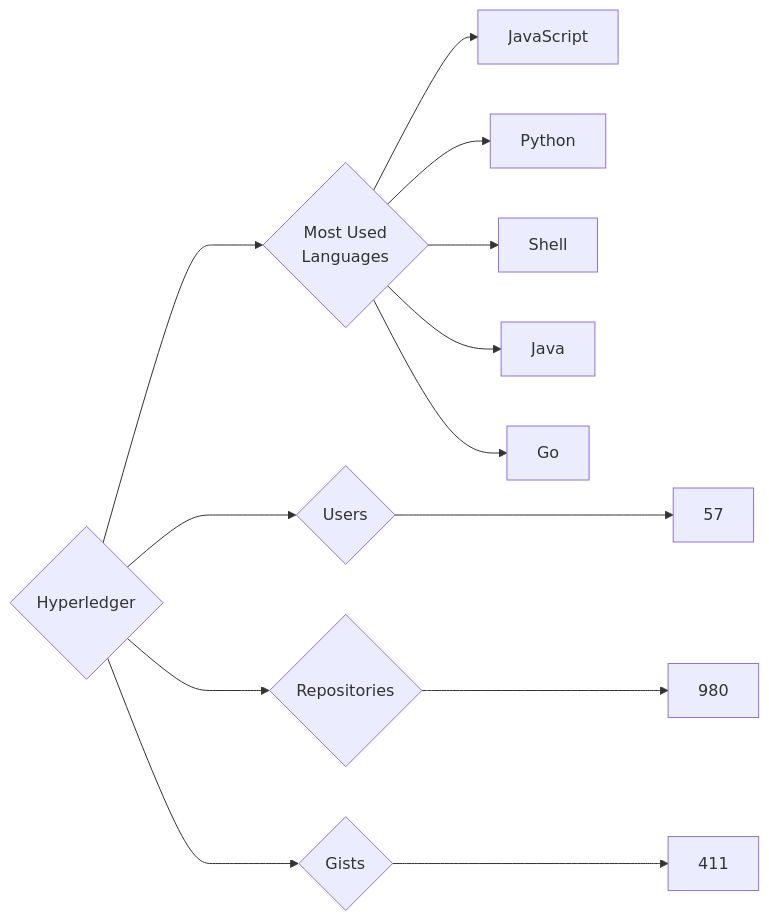
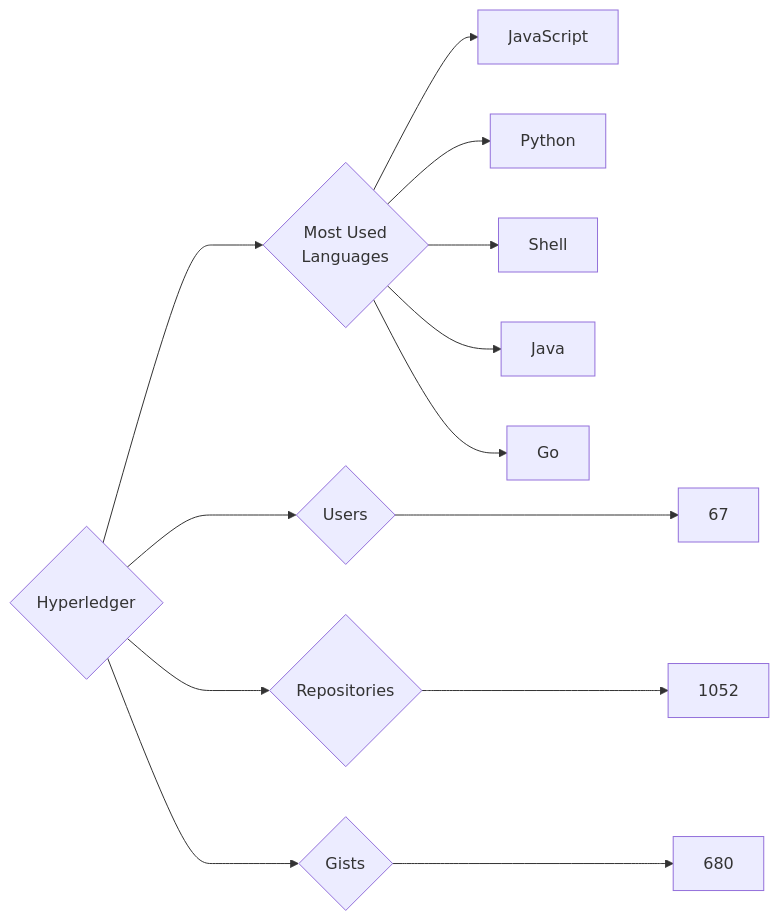
The diagram in targets/Hyperledger/README.md (trickest/insiders), drawn with Mermaid before and after one commit. The commit also changed 611 other files, not shown here.

````diff
--- a/targets/Hyperledger/README.md
+++ b/targets/Hyperledger/README.md
@@ -3,13 +3,13 @@
 ```mermaid
 graph LR
 COMPANY_NAME{Hyperledger}
-COMPANY_NAME ---> U{Users} ---> UN[57]
-COMPANY_NAME ---> R{Repositories} ---> RN[980]
-COMPANY_NAME ---> G{Gists} ---> GN[411]
+COMPANY_NAME ---> U{Users} ---> UN[67]
+COMPANY_NAME ---> R{Repositories} ---> RN[1052]
+COMPANY_NAME ---> G{Gists} ---> GN[680]
 COMPANY_NAME ---> ML{Most Used<br>Languages}
 ML --> JavaScript[JavaScript]
 ML --> Python[Python]
 ML --> Shell[Shell]
 ML --> Java[Java]
 ML --> Go[Go]
 ```
````
